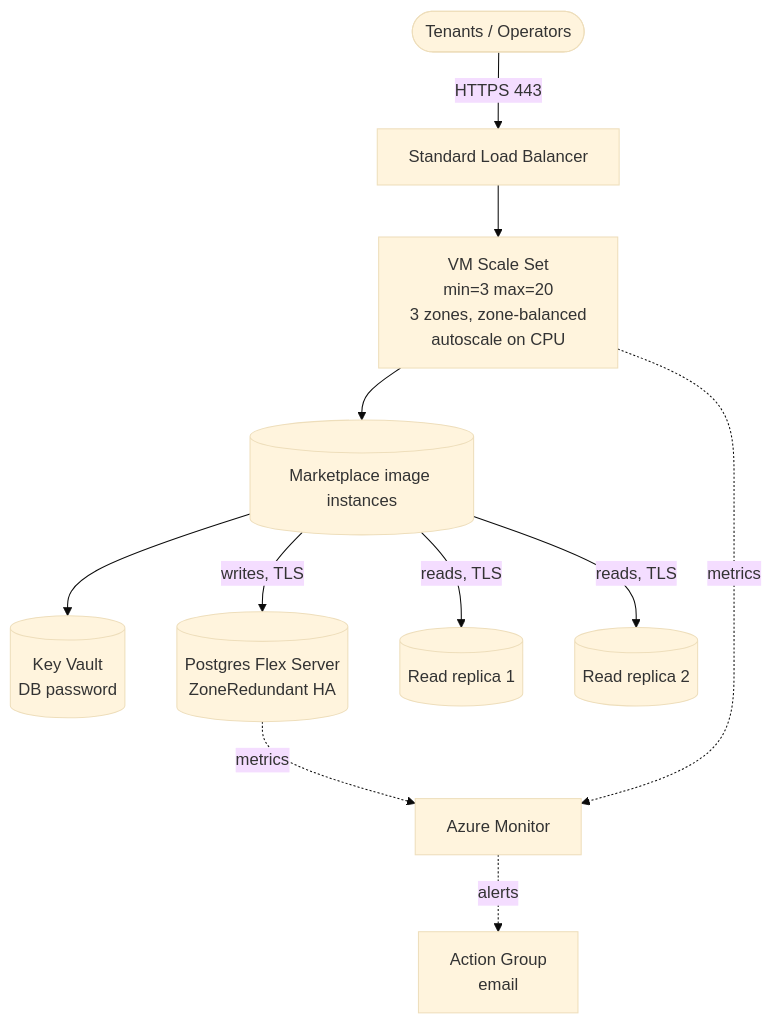
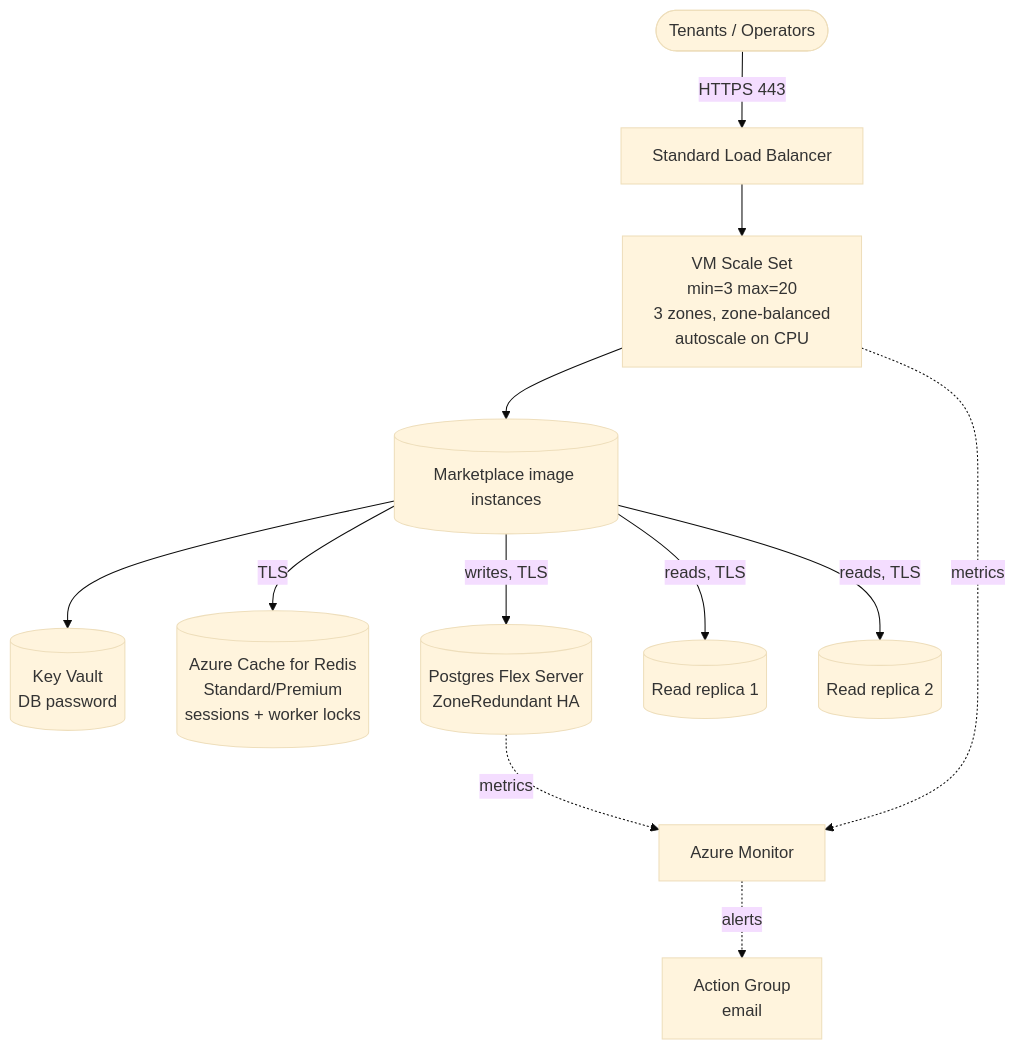
The diagram in modules/unlimited-scale/azure/README.md (HailBytes/hailbytes-terraform-modules), drawn with Mermaid (base theme) before and after one commit. The commit also changed other lines of this file and 21 other files, not shown here.

````diff
--- a/modules/unlimited-scale/azure/README.md
+++ b/modules/unlimited-scale/azure/README.md
@@ -10,13 +10,14 @@
 ```mermaid
 flowchart TB
     User([Tenants / Operators]) -->|HTTPS 443| LB[Standard Load Balancer]
     LB --> VMSS[VM Scale Set<br/>min=3 max=20<br/>3 zones, zone-balanced<br/>autoscale on CPU]
     VMSS --> VMs[(Marketplace image instances)]
     VMs --> KV[(Key Vault<br/>DB password)]
+    VMs -->|TLS| RC[(Azure Cache for Redis<br/>Standard/Premium<br/>sessions + worker locks)]
     VMs -->|writes, TLS| DBP[(Postgres Flex Server<br/>ZoneRedundant HA)]
     VMs -->|reads, TLS| DBR1[(Read replica 1)]
     VMs -->|reads, TLS| DBR2[(Read replica 2)]
     VMSS -.metrics.-> Mon[Azure Monitor]
     DBP -.metrics.-> Mon
     Mon -.alerts.-> AG[Action Group<br/>email]
 ```
````
